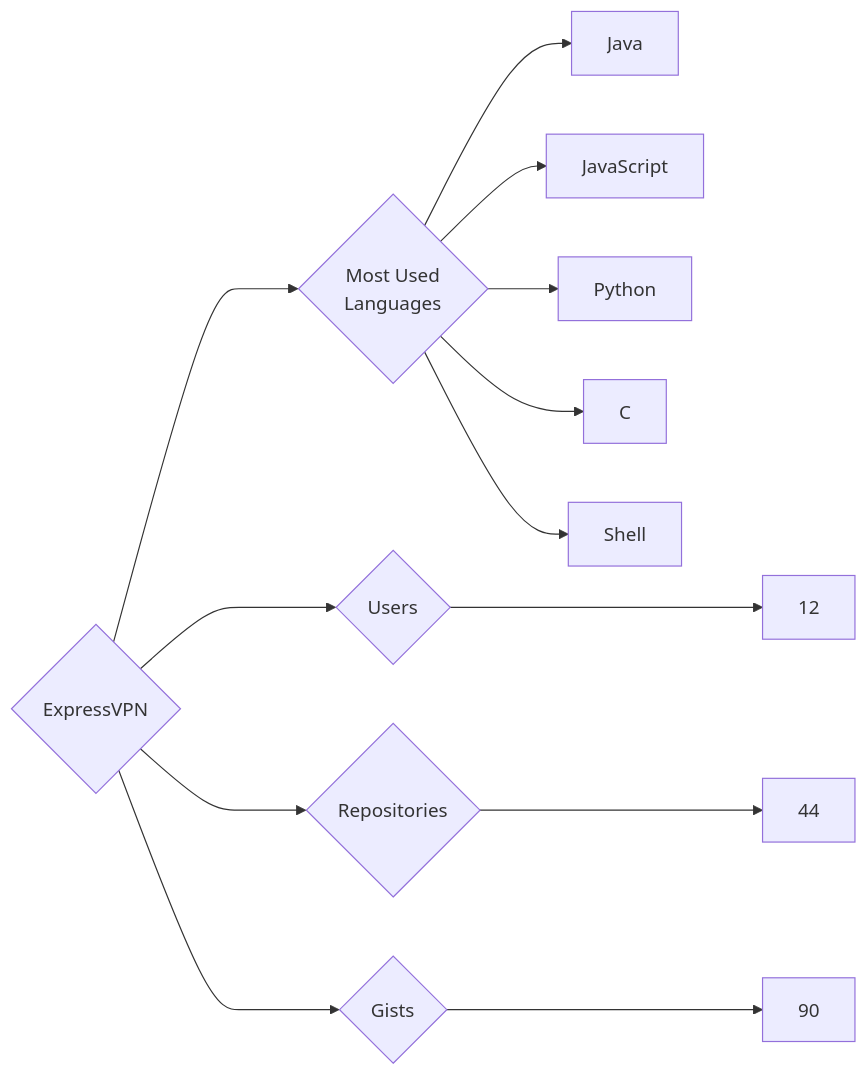
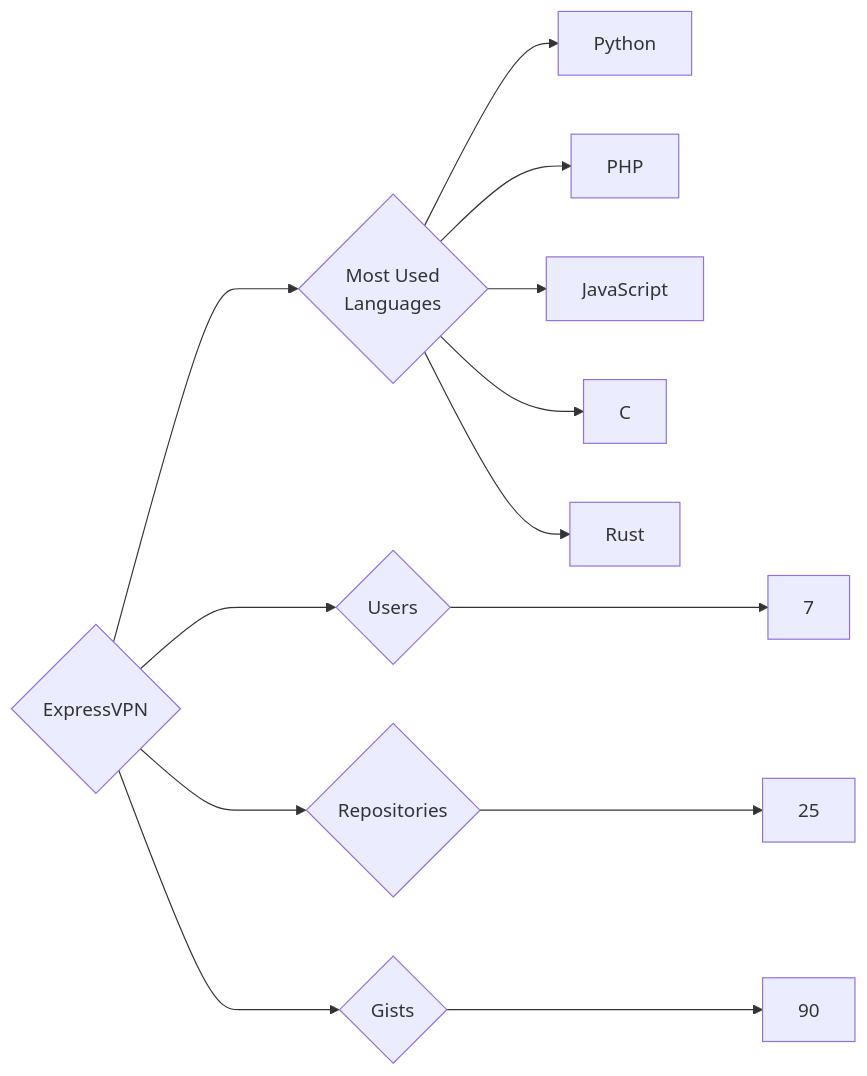
One commit to trickest/insiders changed the diagram in targets/ExpressVPN/README.md. Above: the diagram before and after it, drawn with Mermaid. The commit also changed 823 other files, not shown here.

````diff
--- a/targets/ExpressVPN/README.md
+++ b/targets/ExpressVPN/README.md
@@ -3,13 +3,13 @@
 ```mermaid
 graph LR
 COMPANY_NAME{ExpressVPN}
-COMPANY_NAME ---> U{Users} ---> UN[12]
-COMPANY_NAME ---> R{Repositories} ---> RN[44]
+COMPANY_NAME ---> U{Users} ---> UN[7]
+COMPANY_NAME ---> R{Repositories} ---> RN[25]
 COMPANY_NAME ---> G{Gists} ---> GN[90]
 COMPANY_NAME ---> ML{Most Used<br>Languages}
-ML --> Java[Java]
+ML --> Python[Python]
+ML --> PHP[PHP]
 ML --> JavaScript[JavaScript]
-ML --> Python[Python]
 ML --> C[C]
-ML --> Shell[Shell]
+ML --> Rust[Rust]
 ```
````
